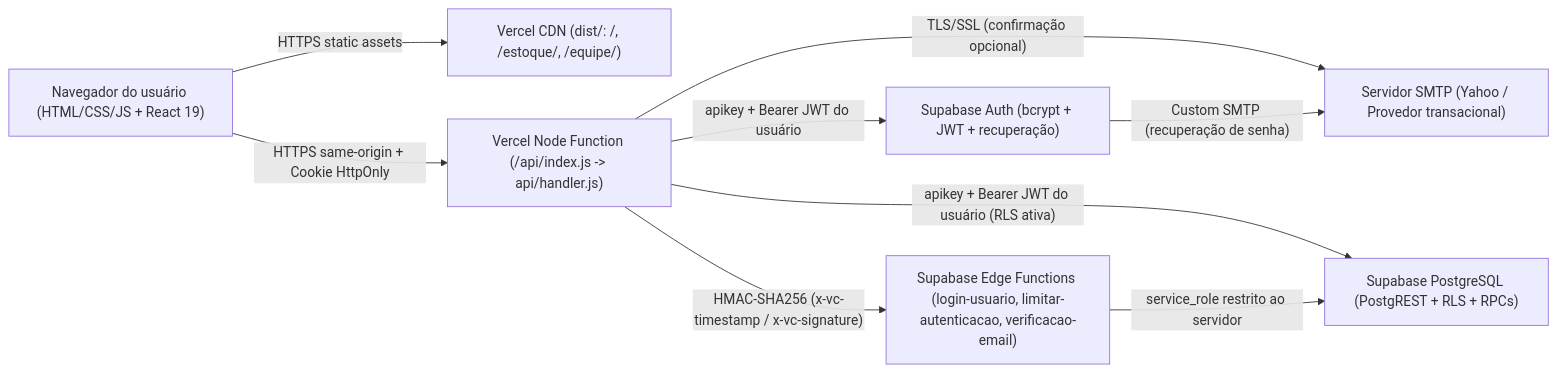
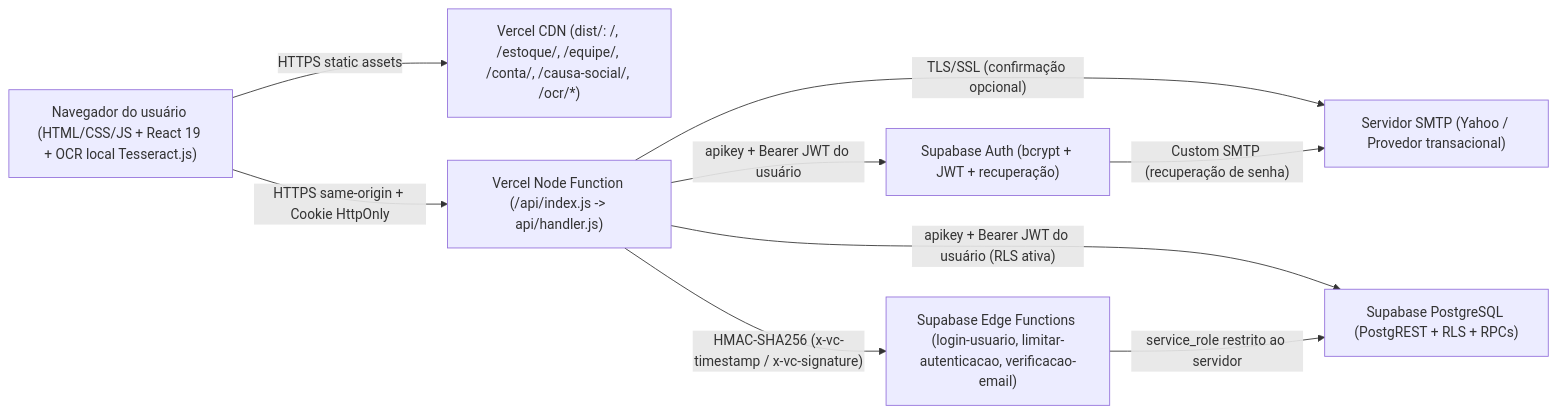
One commit to fabioboeingsantos/Sync changed the diagram in docs/architecture/system-context.md. Above: the diagram before and after it, drawn with Mermaid. The commit also changed other lines of this file and 35 other files, not shown here.

Commit message:
docs: sincroniza documentacao, pitch e ajustes de conta/vercel/build

````diff
--- a/docs/architecture/system-context.md
+++ b/docs/architecture/system-context.md
@@ -18,19 +18,19 @@
 ```mermaid
 flowchart LR
-  Browser["Navegador do usuário (HTML/CSS/JS + React 19)"]
-  VercelStatic["Vercel CDN (dist/: /, /estoque/, /equipe/)"]
+  Browser["Navegador do usuário (HTML/CSS/JS + React 19 + OCR local Tesseract.js)"]
+  VercelStatic["Vercel CDN (dist/: /, /estoque/, /equipe/, /conta/, /causa-social/, /ocr/*)"]
   VercelAPI["Vercel Node Function (/api/index.js -> api/handler.js)"]
   SupaAuth["Supabase Auth (bcrypt + JWT + recuperação)"]
   SupaDB["Supabase PostgreSQL (PostgREST + RLS + RPCs)"]
   SupaEdge["Supabase Edge Functions (login-usuario, limitar-autenticacao, verificacao-email)"]
   SMTP["Servidor SMTP (Yahoo / Provedor transacional)"]
 
   Browser -->|"HTTPS static assets"| VercelStatic
   Browser -->|"HTTPS same-origin + Cookie HttpOnly"| VercelAPI
   VercelAPI -->|"apikey + Bearer JWT do usuário"| SupaAuth
   VercelAPI -->|"apikey + Bearer JWT do usuário (RLS ativa)"| SupaDB
   VercelAPI -->|"HMAC-SHA256 (x-vc-timestamp / x-vc-signature)"| SupaEdge
   SupaEdge -->|"service_role restrito ao servidor"| SupaDB
   VercelAPI -->|"TLS/SSL (confirmação opcional)"| SMTP
   SupaAuth -->|"Custom SMTP (recuperação de senha)"| SMTP
 ```
````
